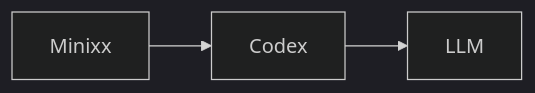
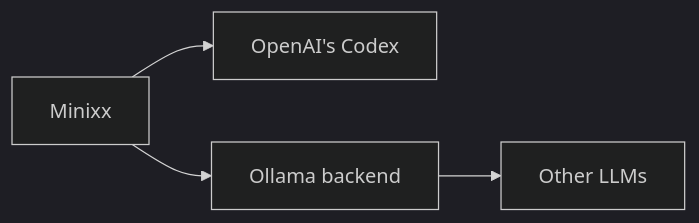
The first of 2 diagrams in README.md (mtov/minixx), drawn with Mermaid (dark theme) before and after one commit. The commit also changed other lines of this file and 4 other files, not shown here.

````diff
--- a/README.md
+++ b/README.md
@@ -50,5 +50,6 @@
 ```mermaid
 flowchart LR
-    Minixx --> Codex
-    Codex --> LLM
+    Minixx --> Codex["OpenAI's Codex"]
+    Minixx --> Ollama["Ollama backend"]
+    Ollama --> Other["Other LLMs"]
 ```
````
